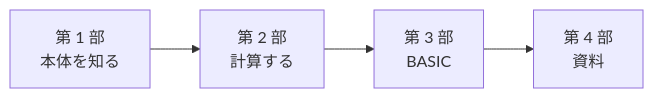
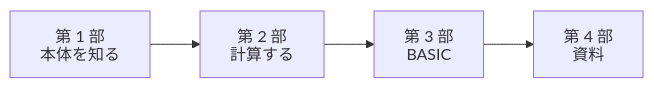
One commit to litchi-gh/pc-e500_tools changed the diagram in docs/handbook/README.md. Above: the diagram before and after it, drawn with Mermaid. The commit also changed 74 other files, not shown here.

First line of the commit message:
Docs: draw Mermaid labels as SVG text so GitHub does not cut them

````diff
--- a/docs/handbook/README.md
+++ b/docs/handbook/README.md
@@ -7,6 +7,7 @@
 ```mermaid
+%%{init: {"htmlLabels": false, "flowchart": {"htmlLabels": false, "wrappingWidth": 1000}}}%%
 flowchart LR
   A["第 1 部<br>本体を知る"] --> B["第 2 部<br>計算する"]
   B --> C["第 3 部<br>BASIC"]
   C --> D["第 4 部<br>資料"]
 ```
````
